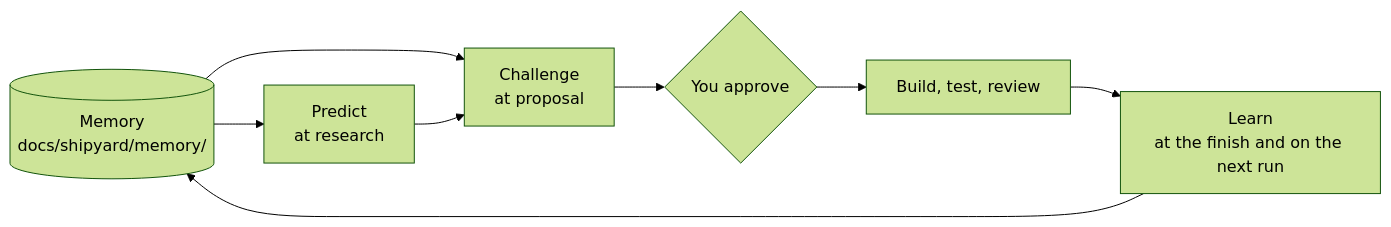
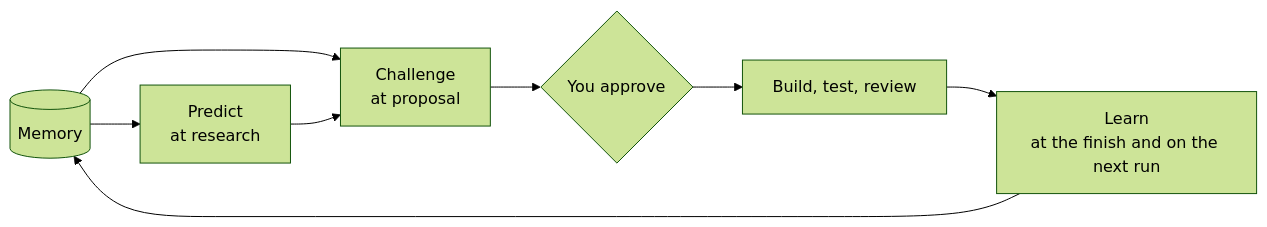
The second of 2 diagrams in README.md (rafidzane/shipyard), drawn with Mermaid (forest theme) before and after one commit. The commit also changed other lines of this file and 1 other file, not shown here.

````diff
--- a/README.md
+++ b/README.md
@@ -41,10 +101,10 @@
 ```mermaid
 flowchart LR
-  M[(Memory<br/>docs/shipyard/memory/)] --> P[Predict<br/>at research]
+  M[(Memory)] --> P[Predict<br/>at research]
   M --> C[Challenge<br/>at proposal]
   P --> C
   C --> A{You approve}
   A --> B[Build, test, review]
   B --> L[Learn<br/>at the finish and on the next run]
   L --> M
 ```
````
